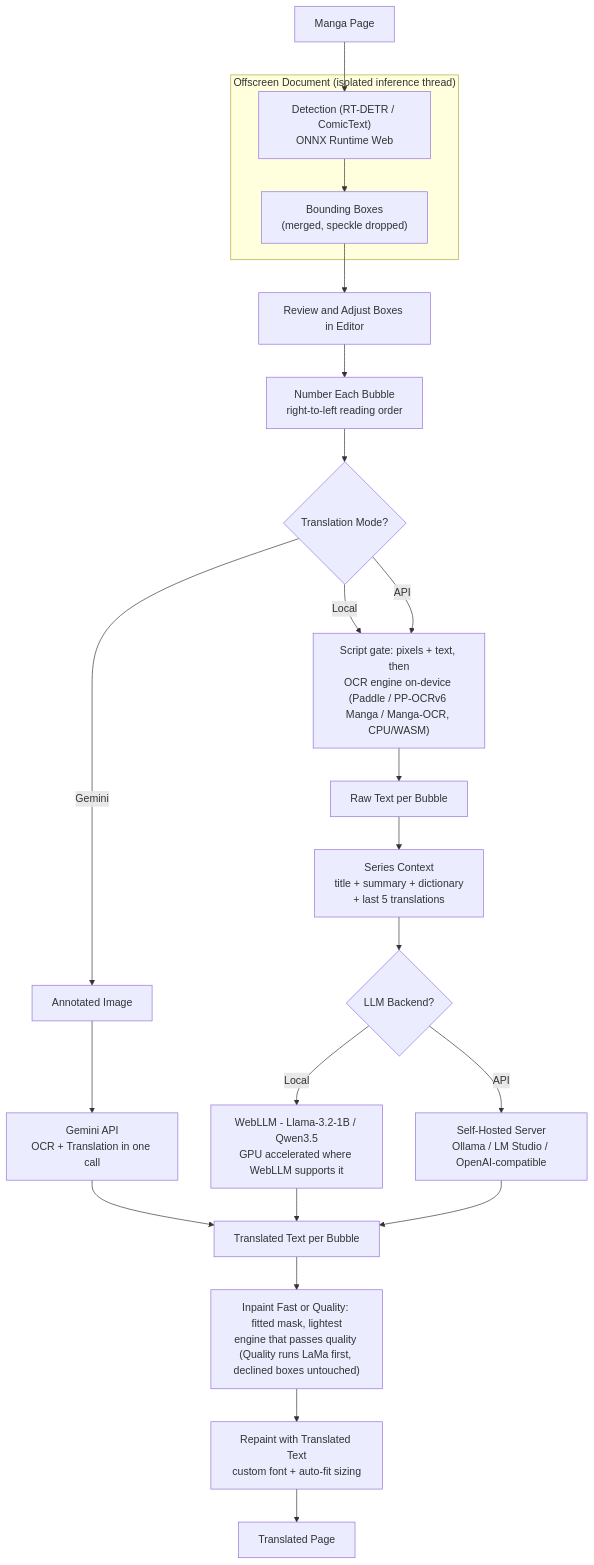
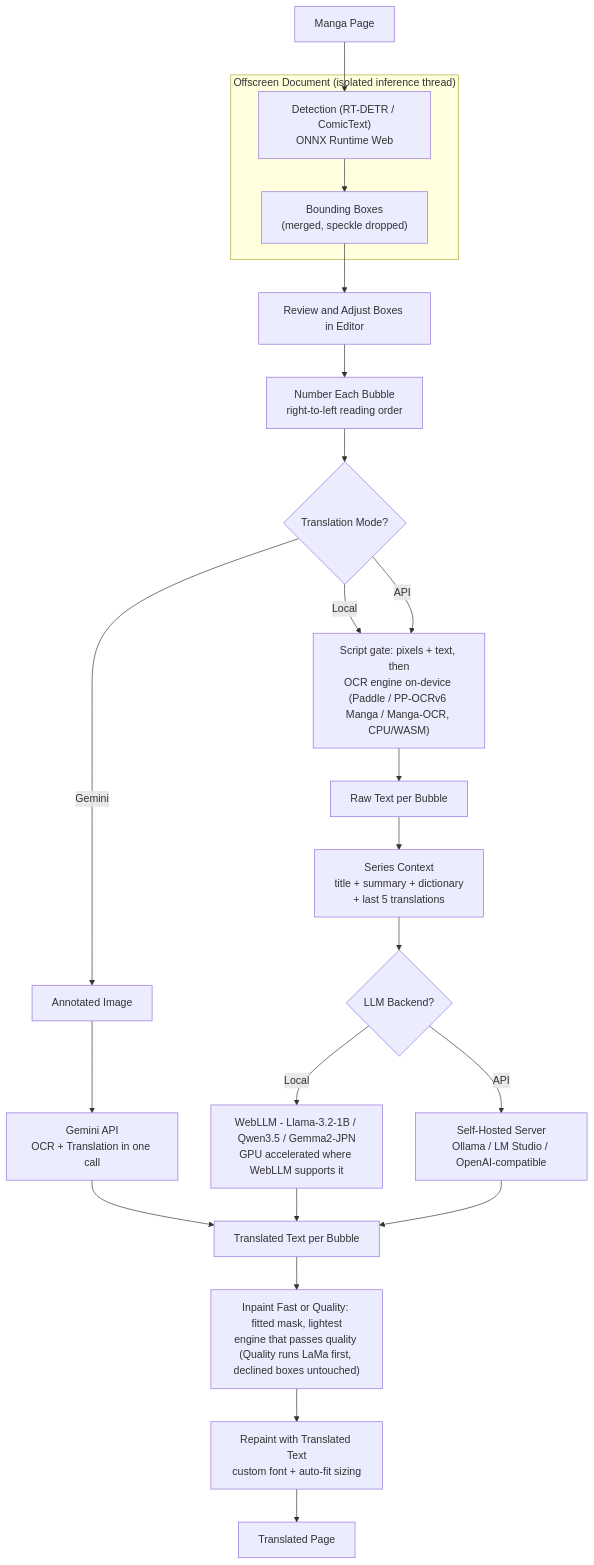
One commit to Mardhianto/Libre-Manga-Translator changed the diagram in docs/technical.md. Above: the diagram before and after it, drawn with Mermaid. The commit also changed other lines of this file and 11 other files, not shown here.

First line of the commit message:
update(llm): expand local model lineup with shader-f16 filtering

````diff
--- a/docs/technical.md
+++ b/docs/technical.md
@@ -57,45 +57,45 @@
 ```mermaid
 graph TD
     Img[Manga Page] --> Detect
 
     subgraph offscreen ["Offscreen Document (isolated inference thread)"]
         Detect["Detection (RT-DETR / ComicText)
 ONNX Runtime Web"]
         Detect --> Boxes["Bounding Boxes
 (merged, speckle dropped)"]
     end
 
     Boxes --> Refine[Review and Adjust Boxes in Editor]
     Refine --> Annotate["Number Each Bubble
 right-to-left reading order"]
     Annotate --> Mode{Translation Mode?}
 
     Mode -->|Gemini| CloudImg[Annotated Image]
     CloudImg --> Gemini["Gemini API
 OCR + Translation in one call"]
     Gemini --> Text
 
     Mode -->|Local| OCR["Script gate: pixels + text, then
 OCR engine on-device (Paddle / PP-OCRv6 Manga / Manga-OCR, CPU/WASM)"]
     Mode -->|API| OCR
 
     OCR --> Raw[Raw Text per Bubble]
     Raw --> Ctx["Series Context
 title + summary + dictionary
 + last 5 translations"]
     Ctx --> LLM{LLM Backend?}
 
-    LLM -->|Local| WebLLM["WebLLM - Llama-3.2-1B / Qwen3.5
+    LLM -->|Local| WebLLM["WebLLM - Llama-3.2-1B / Qwen3.5 / Gemma2-JPN
 GPU accelerated where WebLLM supports it"]
     LLM -->|API| Server["Self-Hosted Server
 Ollama / LM Studio / OpenAI-compatible"]
 
     WebLLM --> Text[Translated Text per Bubble]
     Server --> Text
 
     Text --> Inpaint["Inpaint Fast or Quality: fitted mask, lightest
 engine that passes quality (Quality runs LaMa first, declined boxes untouched)"]
     Inpaint --> Paint["Repaint with Translated Text
 custom font + auto-fit sizing"]
     Paint --> Result[Translated Page]
 ```
````
